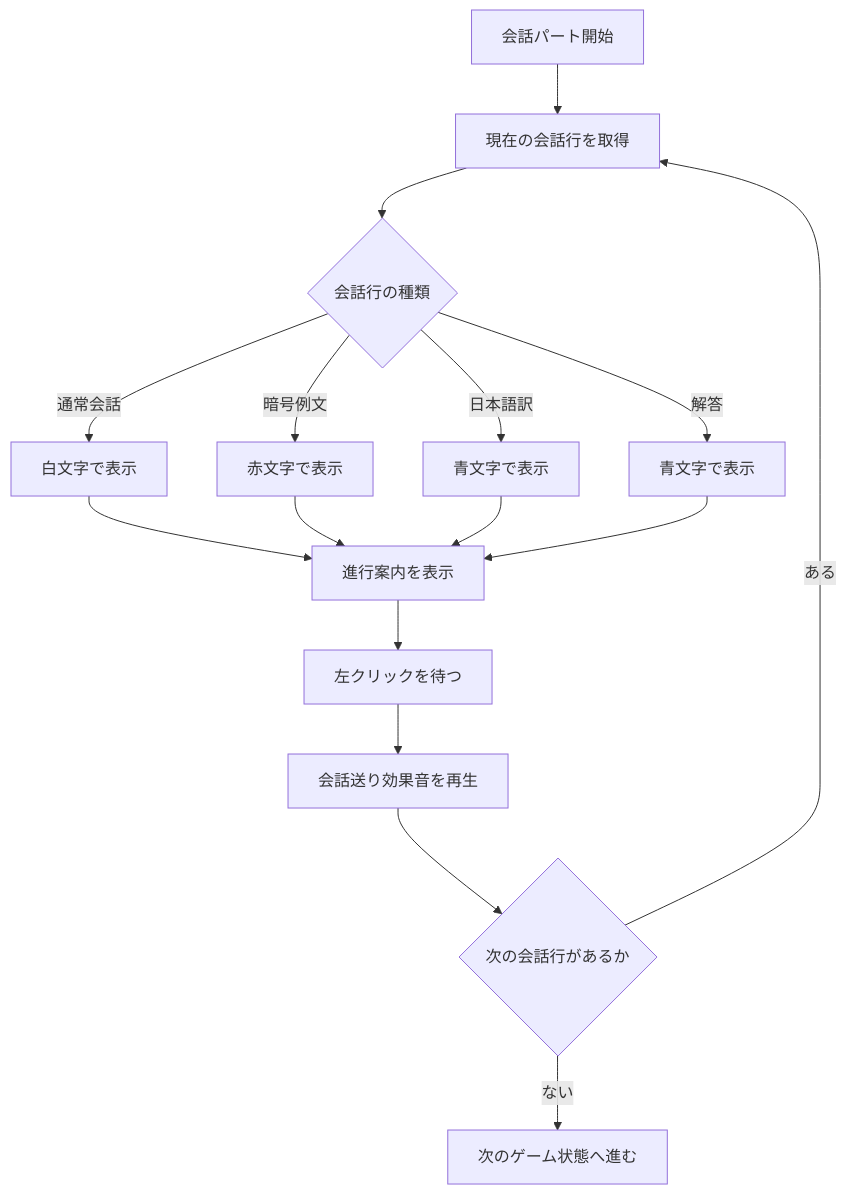
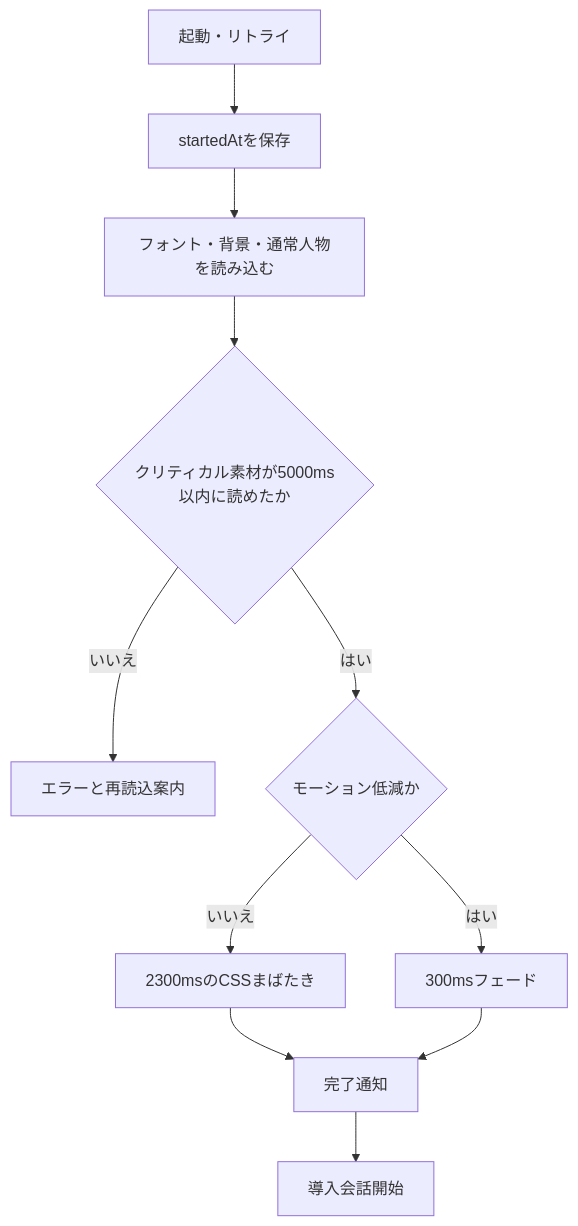
The third of 13 diagrams in docs/project-flow.md (lycanthr0pes/language-deciphering-game), drawn with Mermaid before and after one commit. The commit also changed other lines of this file and 12 other files, not shown here.

````diff
--- a/docs/project-flow.md
+++ b/docs/project-flow.md
@@ -85,18 +67,13 @@
 ```mermaid
 flowchart TD
-    A[会話パート開始] --> B[現在の会話行を取得]
-    B --> C{会話行の種類}
-    C -->|通常会話| D[白文字で表示]
-    C -->|暗号例文| E[赤文字で表示]
-    C -->|日本語訳| F[青文字で表示]
-    C -->|解答| G[青文字で表示]
-    D --> H[進行案内を表示]
-    E --> H
-    F --> H
-    G --> H
-    H --> I[左クリックを待つ]
-    I --> J[会話送り効果音を再生]
-    J --> K{次の会話行があるか}
-    K -->|ある| B
-    K -->|ない| L[次のゲーム状態へ進む]
+    A[起動・リトライ] --> B[startedAtを保存]
+    B --> C[フォント・背景・通常人物を読み込む]
+    C --> D{クリティカル素材が5000ms以内に読めたか}
+    D -->|いいえ| E[エラーと再読込案内]
+    D -->|はい| F{モーション低減か}
+    F -->|いいえ| G[2300msのCSSまばたき]
+    F -->|はい| H[300msフェード]
+    G --> I[完了通知]
+    H --> I
+    I --> J[導入会話開始]
 ```
````
